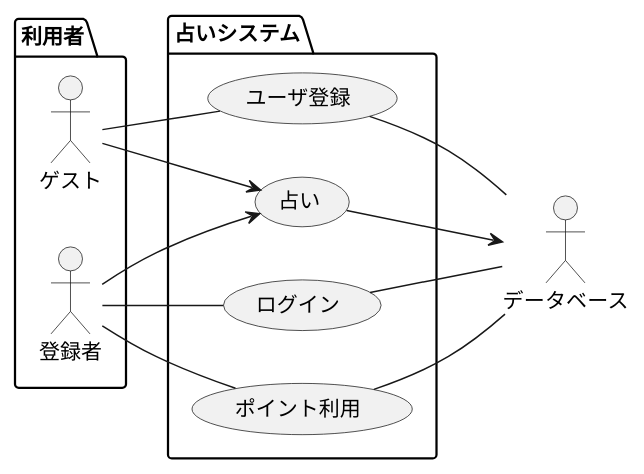
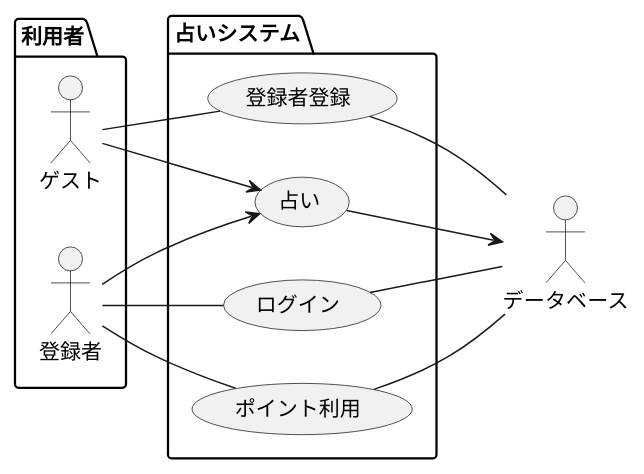
Before and after one commit to Atsush1/Uranai: the diagram in UML/Usecase/usecaseModel.pu, drawn with PlantUML. The commit also changed 11 other files, not shown here.

```diff
--- a/UML/Usecase/usecaseModel.pu
+++ b/UML/Usecase/usecaseModel.pu
@@ -1,26 +1,26 @@
 @startuml
 left to right direction
 package 利用者{
 actor ゲスト as g
 actor 登録者 as r
 }
 
 package 占いシステム {
   usecase "占い" as UC1
-  usecase "ユーザ登録" as UC2
+  usecase "登録者登録" as UC2
   usecase "ログイン" as UC3
   usecase "ポイント利用" as UC4
 }
 
 actor データベース as d
 
 g --> UC1 
 g -- UC2 
 r -- UC3
 r --> UC1
 r -- UC4
 UC1 --> d
 UC2 -- d
 UC3 -- d
 UC4 -- d
 @enduml
```
